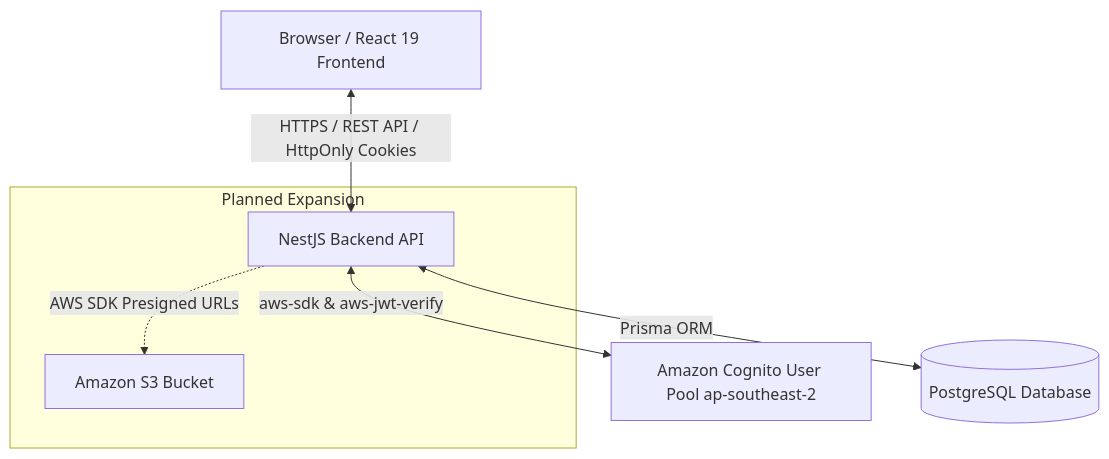
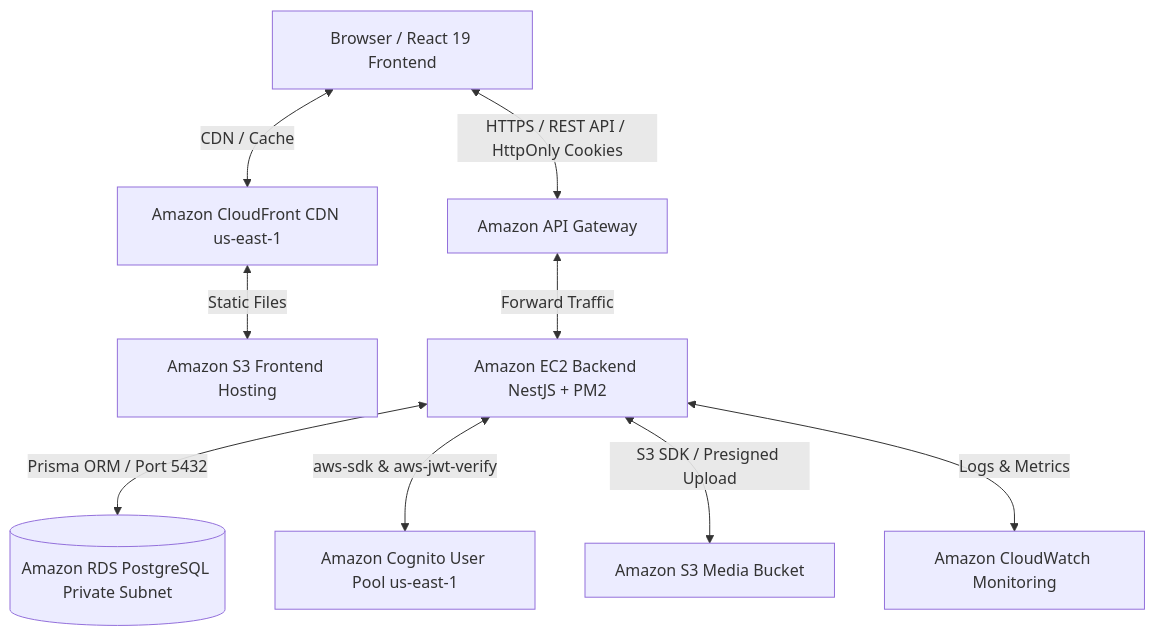
The diagram in content/2-Proposal/_index.md (KelvinPhans/fcj-workshop), drawn with Mermaid before and after one commit. The commit also changed other lines of this file and 65 other files, not shown here.

````diff
--- a/content/2-Proposal/_index.md
+++ b/content/2-Proposal/_index.md
@@ -46,10 +49,11 @@
 ```mermaid
 graph TD
-    Client[Browser / React 19 Frontend] <-->|HTTPS / REST API / HttpOnly Cookies| Backend[NestJS Backend API]
-    Backend <-->|aws-sdk & aws-jwt-verify| Cognito[Amazon Cognito User Pool ap-southeast-2]
-    Backend <-->|Prisma ORM| DB[(PostgreSQL Database)]
-    
-    subgraph Future_AWS_Services [Planned Expansion]
-        Backend -.->|AWS SDK Presigned URLs| S3[Amazon S3 Bucket]
-    end
+    Client[Browser / React 19 Frontend] <-->|CDN / Cache| CloudFront[Amazon CloudFront CDN us-east-1]
+    CloudFront <-->|Static Files| S3_FE[Amazon S3 Frontend Hosting]
+    Client <-->|HTTPS / REST API / HttpOnly Cookies| APIGW[Amazon API Gateway]
+    APIGW <-->|Forward Traffic| EC2[Amazon EC2 Backend NestJS + PM2]
+    EC2 <-->|Prisma ORM / Port 5432| RDS[(Amazon RDS PostgreSQL Private Subnet)]
+    EC2 <-->|aws-sdk & aws-jwt-verify| Cognito[Amazon Cognito User Pool us-east-1]
+    EC2 <-->|S3 SDK / Presigned Upload| S3_Storage[Amazon S3 Media Bucket]
+    EC2 <-->|Logs & Metrics| CloudWatch[Amazon CloudWatch Monitoring]
 ```
````
